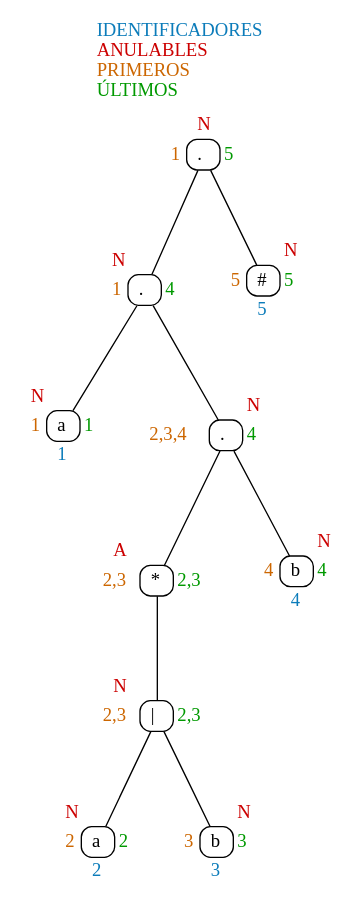
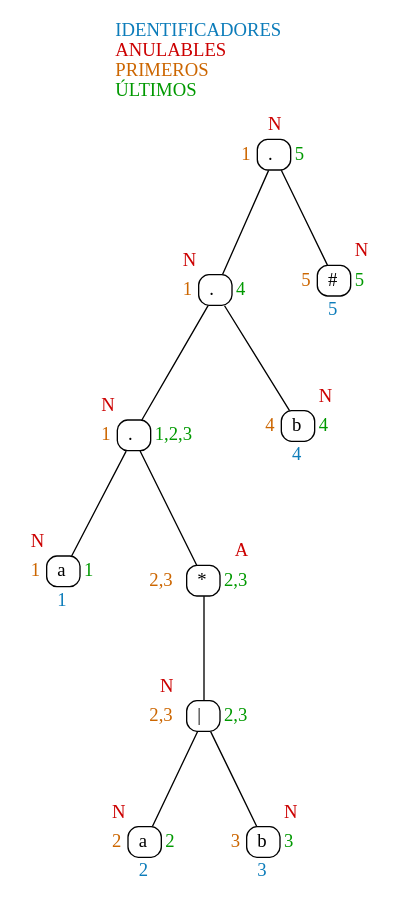
One commit to bryan967132/OLC1_Proyecto1_201908355 changed the diagram in Dot/Expresion3.dot. Above: the diagram before and after it, drawn with Graphviz. The commit also changed 3 other files, not shown here.

```diff
--- a/Dot/Expresion3.dot
+++ b/Dot/Expresion3.dot
@@ -1,25 +1,25 @@
 digraph Tree {
 	graph[fontname="Consolas" labelloc=t];
 	node[shape = plaintext fontname="Consolas"];
 	edge[dir = none];
 	label=<<font color="#0C7CBA">IDENTIFICADORES</font><br align="left"/><font color="#CC0000">ANULABLES</font><br align="left"/><font color="#CC6600">PRIMEROS</font><br align="left"/><font color="#009900">ÚLTIMOS</font><br align="left"/>>;
 	node9[label=<<table border="0" cellspacing="0" cellpadding="3"><tr><td></td><td><font color="#CC0000">N</font></td><td></td></tr><tr><td><font color="#CC6600">1</font></td><td border="1" style="rounded" port="p9" width="25">.</td><td><font color="#009900">5</font></td></tr><tr><td></td><td></td><td></td></tr></table>>];
 	node8[label=<<table border="0" cellspacing="0" cellpadding="3"><tr><td><font color="#CC0000">N</font></td><td></td><td></td></tr><tr><td><font color="#CC6600">1</font></td><td border="1" style="rounded" port="p8" width="25">.</td><td><font color="#009900">4</font></td></tr><tr><td></td><td></td><td></td></tr></table>>];
-	node7[label=<<table border="0" cellspacing="0" cellpadding="3"><tr><td><font color="#CC0000">N</font></td><td></td><td></td></tr><tr><td><font color="#CC6600">1</font></td><td border="1" style="rounded" port="p7" width="25">a</td><td><font color="#009900">1</font></td></tr><tr><td></td><td><font color="#0C7CBA">1</font></td><td></td></tr></table>>];
-	node8:p8 -> node7:p7;
-	node6[label=<<table border="0" cellspacing="0" cellpadding="3"><tr><td></td><td></td><td><font color="#CC0000">N</font></td></tr><tr><td><font color="#CC6600">2,3,4</font></td><td border="1" style="rounded" port="p6" width="25">.</td><td><font color="#009900">4</font></td></tr><tr><td></td><td></td><td></td></tr></table>>];
-	node5[label=<<table border="0" cellspacing="0" cellpadding="3"><tr><td><font color="#CC0000">A</font></td><td></td><td></td></tr><tr><td><font color="#CC6600">2,3</font></td><td border="1" style="rounded" port="p5" width="25">*</td><td><font color="#009900">2,3</font></td></tr><tr><td></td><td></td><td></td></tr></table>>];
+	node7[label=<<table border="0" cellspacing="0" cellpadding="3"><tr><td><font color="#CC0000">N</font></td><td></td><td></td></tr><tr><td><font color="#CC6600">1</font></td><td border="1" style="rounded" port="p7" width="25">.</td><td><font color="#009900">1,2,3</font></td></tr><tr><td></td><td></td><td></td></tr></table>>];
+	node6[label=<<table border="0" cellspacing="0" cellpadding="3"><tr><td><font color="#CC0000">N</font></td><td></td><td></td></tr><tr><td><font color="#CC6600">1</font></td><td border="1" style="rounded" port="p6" width="25">a</td><td><font color="#009900">1</font></td></tr><tr><td></td><td><font color="#0C7CBA">1</font></td><td></td></tr></table>>];
+	node7:p7 -> node6:p6;
+	node5[label=<<table border="0" cellspacing="0" cellpadding="3"><tr><td></td><td></td><td><font color="#CC0000">A</font></td></tr><tr><td><font color="#CC6600">2,3</font></td><td border="1" style="rounded" port="p5" width="25">*</td><td><font color="#009900">2,3</font></td></tr><tr><td></td><td></td><td></td></tr></table>>];
 	node4[label=<<table border="0" cellspacing="0" cellpadding="3"><tr><td><font color="#CC0000">N</font></td><td></td><td></td></tr><tr><td><font color="#CC6600">2,3</font></td><td border="1" style="rounded" port="p4" width="25">|</td><td><font color="#009900">2,3</font></td></tr><tr><td></td><td></td><td></td></tr></table>>];
 	node3[label=<<table border="0" cellspacing="0" cellpadding="3"><tr><td><font color="#CC0000">N</font></td><td></td><td></td></tr><tr><td><font color="#CC6600">2</font></td><td border="1" style="rounded" port="p3" width="25">a</td><td><font color="#009900">2</font></td></tr><tr><td></td><td><font color="#0C7CBA">2</font></td><td></td></tr></table>>];
 	node4:p4 -> node3:p3;
 	node2[label=<<table border="0" cellspacing="0" cellpadding="3"><tr><td></td><td></td><td><font color="#CC0000">N</font></td></tr><tr><td><font color="#CC6600">3</font></td><td border="1" style="rounded" port="p2" width="25">b</td><td><font color="#009900">3</font></td></tr><tr><td></td><td><font color="#0C7CBA">3</font></td><td></td></tr></table>>];
 	node4:p4 -> node2:p2;
 	node5:p5 -> node4:p4;
-	node6:p6 -> node5:p5;
+	node7:p7 -> node5:p5;
+	node8:p8 -> node7:p7;
 	node1[label=<<table border="0" cellspacing="0" cellpadding="3"><tr><td></td><td></td><td><font color="#CC0000">N</font></td></tr><tr><td><font color="#CC6600">4</font></td><td border="1" style="rounded" port="p1" width="25">b</td><td><font color="#009900">4</font></td></tr><tr><td></td><td><font color="#0C7CBA">4</font></td><td></td></tr></table>>];
-	node6:p6 -> node1:p1;
-	node8:p8 -> node6:p6;
+	node8:p8 -> node1:p1;
 	node9:p9 -> node8:p8;
 	node0[label=<<table border="0" cellspacing="0" cellpadding="3"><tr><td></td><td></td><td><font color="#CC0000">N</font></td></tr><tr><td><font color="#CC6600">5</font></td><td border="1" style="rounded" port="p0" width="25">#</td><td><font color="#009900">5</font></td></tr><tr><td></td><td><font color="#0C7CBA">5</font></td><td></td></tr></table>>];
 	node9:p9 -> node0:p0;
 }
```
